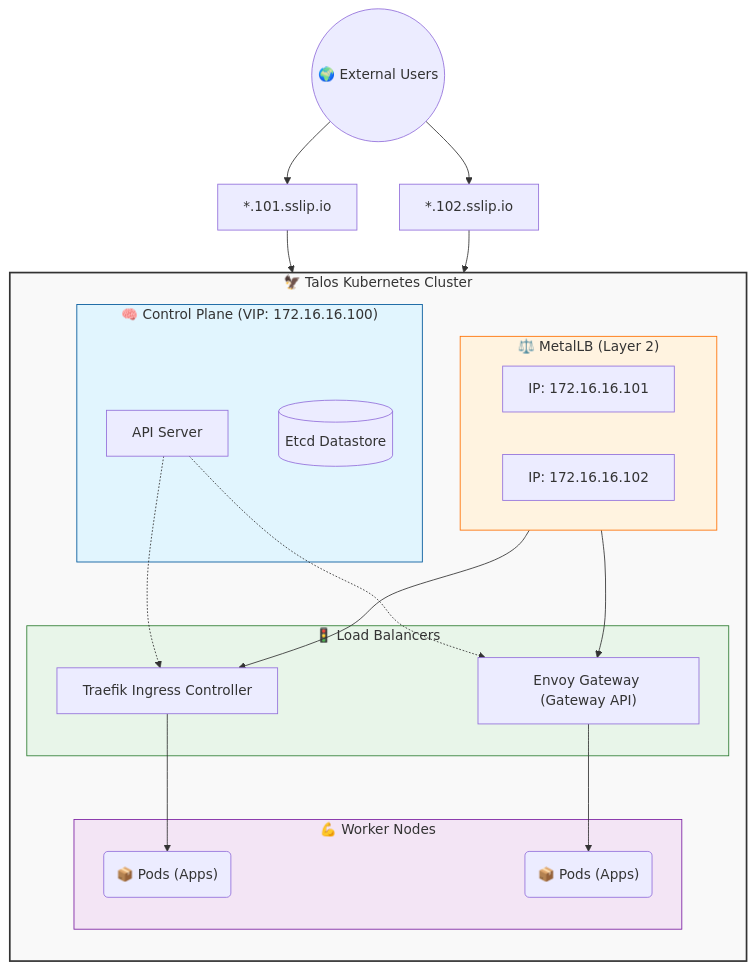
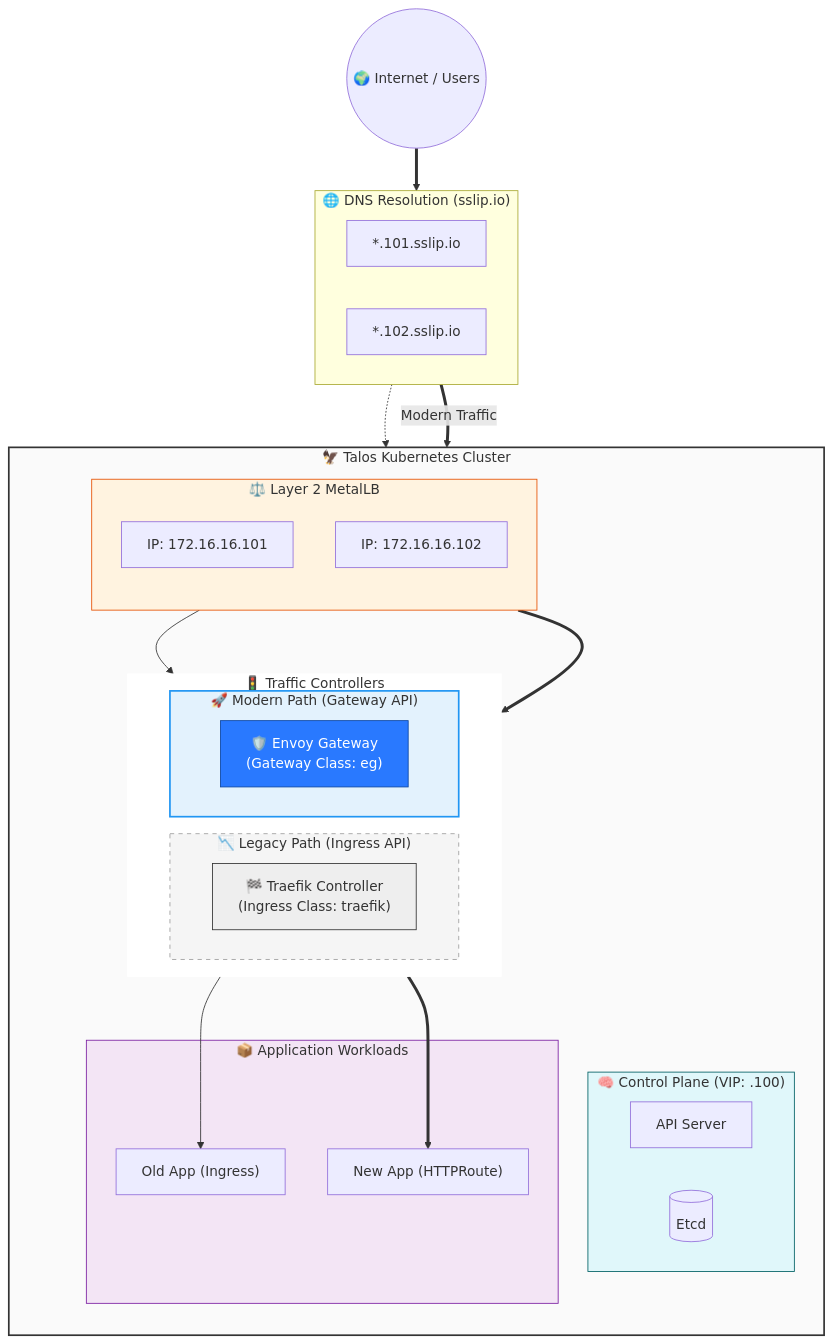
Before and after one commit to engabelal/kubernetes-ha-talos: the diagram in readme.md, drawn with Mermaid.

Commit message:
docs: visuals update architecture diagram in README

````diff
--- a/readme.md
+++ b/readme.md
@@ -85,52 +85,70 @@
 ```mermaid
 graph TD
-    user(("🌍 External Users"))
-    dns_traefik["*.101.sslip.io"]
-    dns_envoy["*.102.sslip.io"]
+    %% Users and DNS
+    user(("🌍 Internet / Users"))
 
+    subgraph DNS ["🌐 DNS Resolution (sslip.io)"]
+        direction LR
+        dns_legacy["*.101.sslip.io"]
+        dns_modern["*.102.sslip.io"]
+    end
+
+    %% Network Entry
     subgraph Cluster ["🦅 Talos Kubernetes Cluster"]
         direction TB
 
-        subgraph CP ["🧠 Control Plane (VIP: 172.16.16.100)"]
+        %% Control Plane
+        subgraph CP ["🧠 Control Plane (VIP: .100)"]
             api["API Server"]
-            etcd[("Etcd Datastore")]
+            etcd[("Etcd")]
         end
 
-        subgraph L2 ["⚖️ MetalLB (Layer 2)"]
-            direction LR
+        %% Layer 2 Load Balancing
+        subgraph L2 ["⚖️ Layer 2 MetalLB"]
+            direction TB
             ip_traefik["IP: 172.16.16.101"]
             ip_envoy["IP: 172.16.16.102"]
         end
 
-        subgraph Ingress ["🚦 Load Balancers"]
-            traefik["Traefik Ingress Controller"]
-            envoy["Envoy Gateway (Gateway API)"]
+        %% Layer 7 Routing (The Core Request)
+        subgraph L7 ["🚦 Traffic Controllers"]
+            direction LR
+
+            subgraph Path1 ["📉 Legacy Path (Ingress API)"]
+                style Path1 fill:#f5f5f5,stroke:#9e9e9e,stroke-dasharray: 5 5
+                traefik["🏁 Traefik Controller<br/>(Ingress Class: traefik)"]
+            end
+
+            subgraph Path2 ["🚀 Modern Path (Gateway API)"]
+                style Path2 fill:#e3f2fd,stroke:#2196f3,stroke-width:2px
+                envoy["🛡️ Envoy Gateway<br/>(Gateway Class: eg)"]
+            end
         end
 
-        subgraph Nodes ["💪 Worker Nodes"]
-            pod1("📦 Pods (Apps)")
-            pod2("📦 Pods (Apps)")
+        %% Workloads
+        subgraph Workloads ["📦 Application Workloads"]
+            app1["Old App (Ingress)"]
+            app2["New App (HTTPRoute)"]
         end
     end
 
-    user --> dns_traefik
-    user --> dns_envoy
-
-    dns_traefik --> ip_traefik
-    dns_envoy --> ip_envoy
+    %% Connections
+    user ==> DNS
+    dns_legacy -.-> ip_traefik
+    dns_modern == "Modern Traffic" ==> ip_envoy
 
     ip_traefik --> traefik
-    ip_envoy --> envoy
+    ip_envoy ==> envoy
 
-    traefik --> pod1
-    envoy --> pod2
+    traefik --> app1
+    envoy ==> app2
 
-    api -.-> traefik
-    api -.-> envoy
-
-    style Cluster fill:#f9f9f9,stroke:#333,stroke-width:2px
-    style CP fill:#e1f5fe,stroke:#01579b
-    style L2 fill:#fff3e0,stroke:#ff6f00
-    style Ingress fill:#e8f5e9,stroke:#2e7d32
-    style Nodes fill:#f3e5f5,stroke:#7b1fa2
+    %% Styling
+    style Cluster fill:#fafafa,stroke:#333,stroke-width:2px
+    style CP fill:#e0f7fa,stroke:#006064
+    style L2 fill:#fff3e0,stroke:#e65100
+    style L7 fill:#fff,stroke:#fff
+    style traefik fill:#eee,stroke:#333
+    style envoy fill:#2979ff,stroke:#0d47a1,color:#fff
+    style Workloads fill:#f3e5f5,stroke:#7b1fa2
 ```
````
